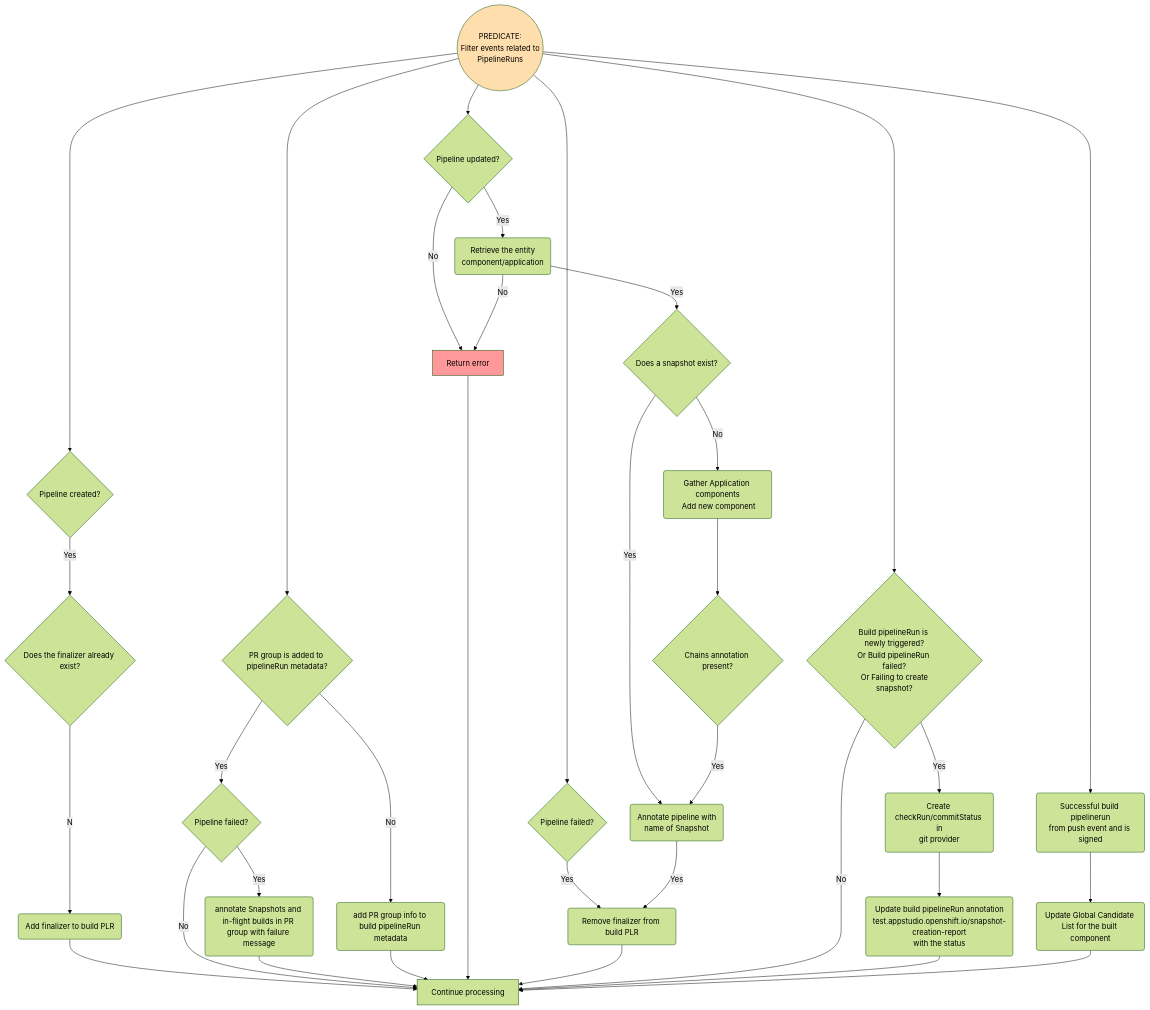
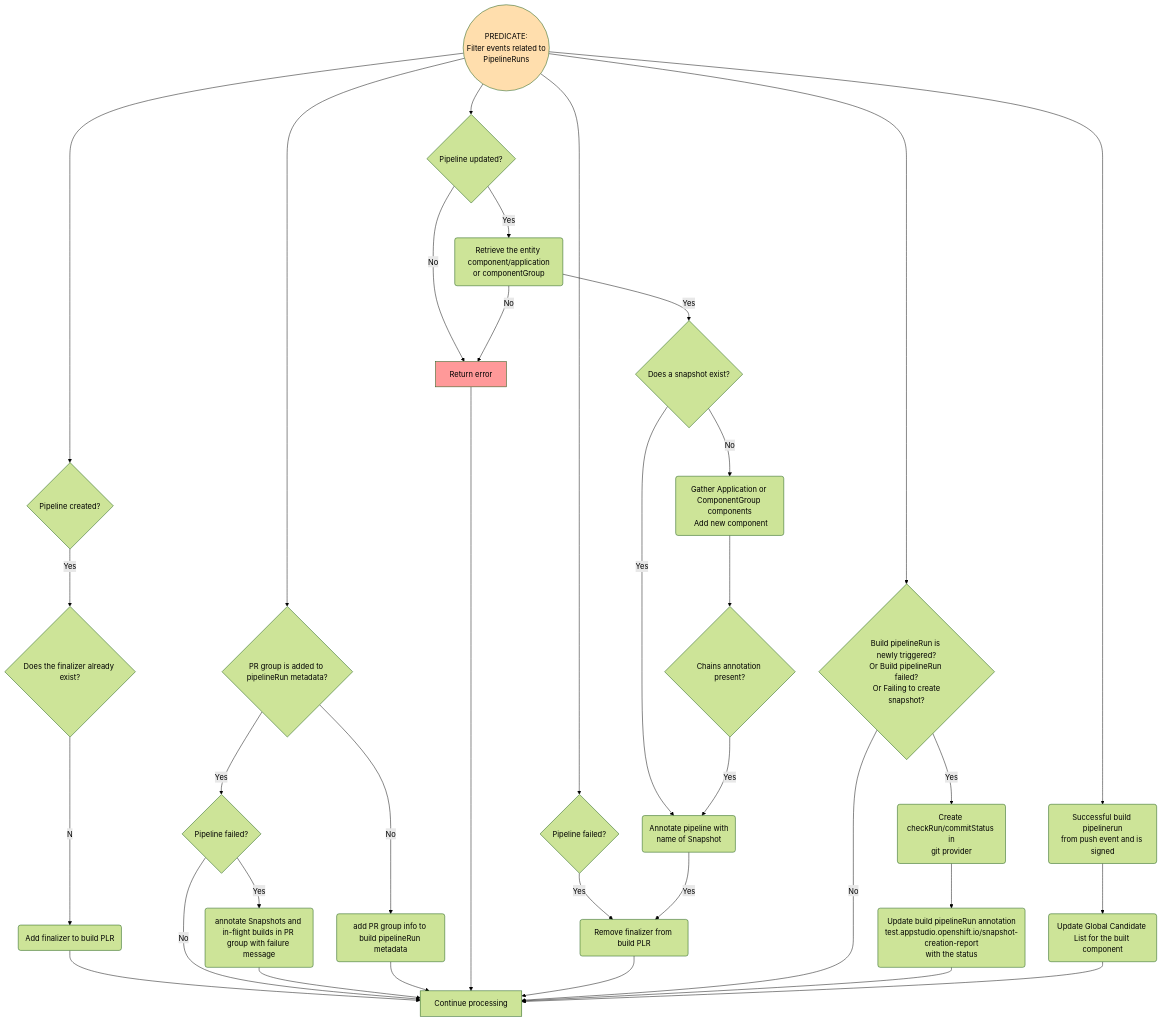
One commit to konflux-ci/integration-service changed the diagram in docs/build_pipeline_controller.md. Above: the diagram before and after it, drawn with Mermaid. The commit also changed 20 other files, not shown here.

First line of the commit message:
feat(STONEINTG-1519): add filtering for componentGroup PR groups

````diff
--- a/docs/build_pipeline_controller.md
+++ b/docs/build_pipeline_controller.md
@@ -3,75 +3,75 @@
 ```mermaid
 
 %%{init: {'theme':'forest'}}%%
 flowchart TD
 %% Defining the styles
   classDef Red fill:#FF9999;
   classDef Amber fill:#FFDEAD;
   classDef Green fill:#BDFFA4;
 
   %% Node definitions
 predicate((PREDICATE: <br> Filter events related to <br> PipelineRuns))
 new_pipeline_run{Pipeline created?}
 new_pipeline_run_without_prgroup{PR group is added to pipelineRun metadata?}
 get_pipeline_run{Pipeline updated?}
 failed_pipeline_run{Pipeline failed?}
 finalizer_exists{Does the finalizer already exist?}
 need_to_set_integration_test{Build pipelineRun is newly triggered?<br>Or Build pipelineRun failed?<br> Or Failing to create snapshot?}
-retrieve_associated_entity(Retrieve the entity <br> component/application)
+retrieve_associated_entity(Retrieve the entity <br> component/application or componentGroup)
 determine_snapshot{Does a snapshot exist?}
-prep_snapshot(Gather Application components<br> Add new component)
+prep_snapshot(Gather Application or ComponentGroup components<br> Add new component)
 check_chains{Chains annotation present?}
 annotate_pipelineRun(Annotate pipeline with <br> name of Snapshot)
 add_finalizer(Add finalizer to build PLR)
 remove_finalizer(Remove finalizer from build PLR)
 error[Return error]
 continue[Continue processing]
 update_metadata(add PR group info to build pipelineRun metadata)
 notify_pr_group_failure(annotate Snapshots and in-flight builds in PR group with failure message)
 failed_group_pipeline_run{Pipeline failed?}
 update_integrationTestStatus_in_git_provider(Create checkRun/commitStatus in<br>git provider)
 update_build_plr_annotation(Update build pipelineRun annotation<br>test.appstudio.openshift.io/snapshot-creation-report<br>with the status)
 successful_pipeline(Successful build pipelinerun<br>from push event and is signed)
 update_GCL(Update Global Candidate List for the built component)
 
 %% Node connections
 predicate                        --> get_pipeline_run
 predicate                       -->  new_pipeline_run
 predicate                       -->  new_pipeline_run_without_prgroup
 predicate                       -->  failed_pipeline_run
 predicate                       -->  need_to_set_integration_test
 predicate                       -->  successful_pipeline
 new_pipeline_run           --Yes-->  finalizer_exists
 finalizer_exists           --No-->   add_finalizer
 add_finalizer                    --> continue
 failed_pipeline_run        --Yes --> remove_finalizer
 new_pipeline_run_without_prgroup --No  --> update_metadata
 new_pipeline_run_without_prgroup --Yes  --> failed_group_pipeline_run
 failed_group_pipeline_run  --Yes --> notify_pr_group_failure
 failed_group_pipeline_run   --No --> continue
 notify_pr_group_failure          --> continue
 update_metadata                  --> continue
 get_pipeline_run           --Yes --> retrieve_associated_entity
 get_pipeline_run           --No  --> error
 retrieve_associated_entity --No  --> error
 error                            --> continue
 retrieve_associated_entity --Yes --> determine_snapshot
 determine_snapshot         --Yes --> annotate_pipelineRun
 determine_snapshot         --No  --> prep_snapshot
 prep_snapshot                    --> check_chains
 check_chains               --Yes --> annotate_pipelineRun
 annotate_pipelineRun       --Yes --> remove_finalizer
 remove_finalizer                 --> continue
 need_to_set_integration_test  --Yes --> update_integrationTestStatus_in_git_provider
 need_to_set_integration_test  --No  --> continue
 update_integrationTestStatus_in_git_provider --> update_build_plr_annotation
 update_build_plr_annotation --> continue
 
 successful_pipeline --> update_GCL
 update_GCL          --> continue
 
 %% Assigning styles to nodes
 class predicate Amber;
 class error Red;
 
   ```
````
